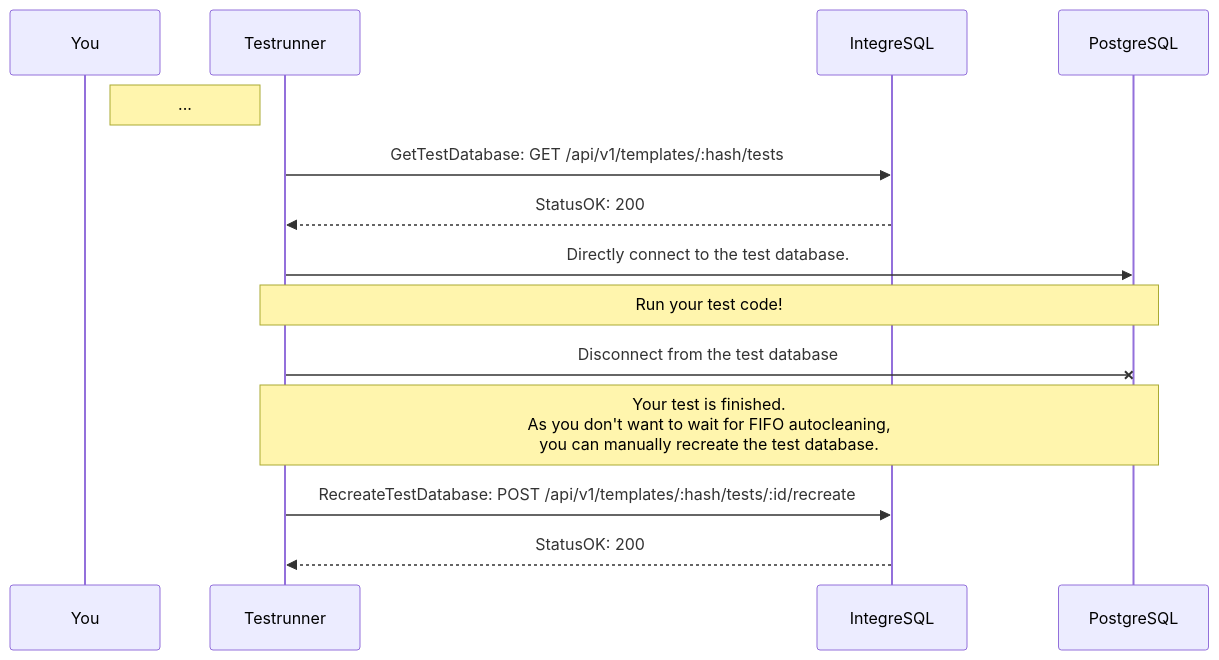
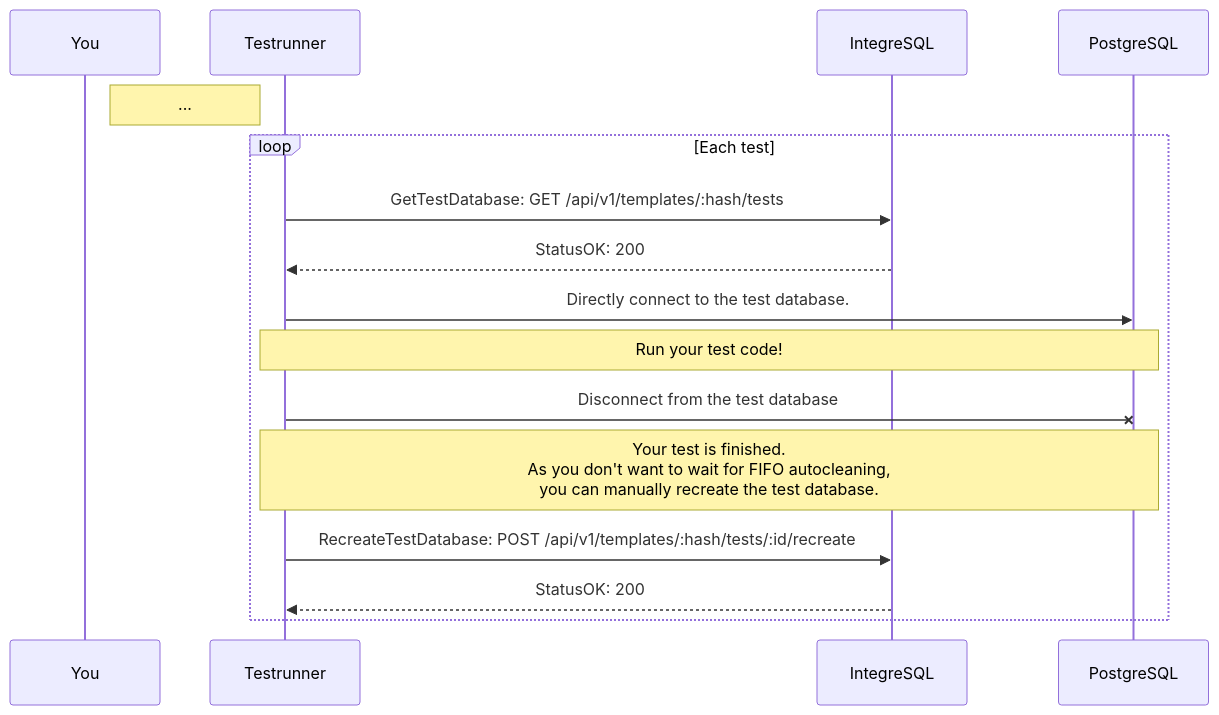
Before and after one commit to allaboutapps/integresql: the seventh of 9 diagrams in README.md, drawn with Mermaid. The commit also changed other lines of this file, not shown here.

Commit message:
intro diagram

````diff
--- a/README.md
+++ b/README.md
@@ -357,19 +401,23 @@
 ```mermaid
 sequenceDiagram
 
     Note right of You: ...
+
+    loop Each test
 
     Testrunner->>IntegreSQL: GetTestDatabase: GET /api/v1/templates/:hash/tests
     IntegreSQL-->>Testrunner: StatusOK: 200
 
     Testrunner->>PostgreSQL: Directly connect to the test database.
 
     Note over Testrunner,PostgreSQL: Run your test code!
 
     Testrunner-xPostgreSQL: Disconnect from the test database
 
     Note over Testrunner,PostgreSQL: Your test is finished.<br/> As you don't want to wait for FIFO autocleaning,<br/> you can manually recreate the test database.
 
     Testrunner->>IntegreSQL: RecreateTestDatabase: POST /api/v1/templates/:hash/tests/:id/recreate
     IntegreSQL-->>Testrunner: StatusOK: 200
+
+    end
 ```
````
